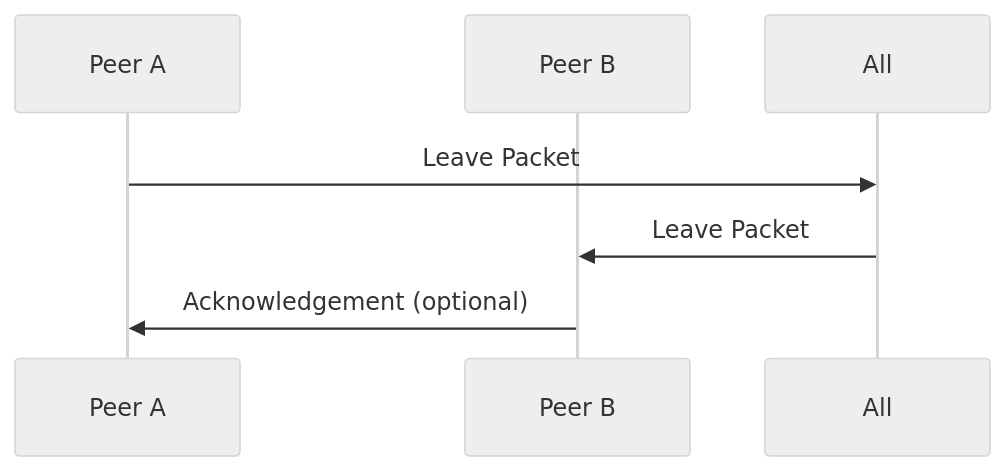
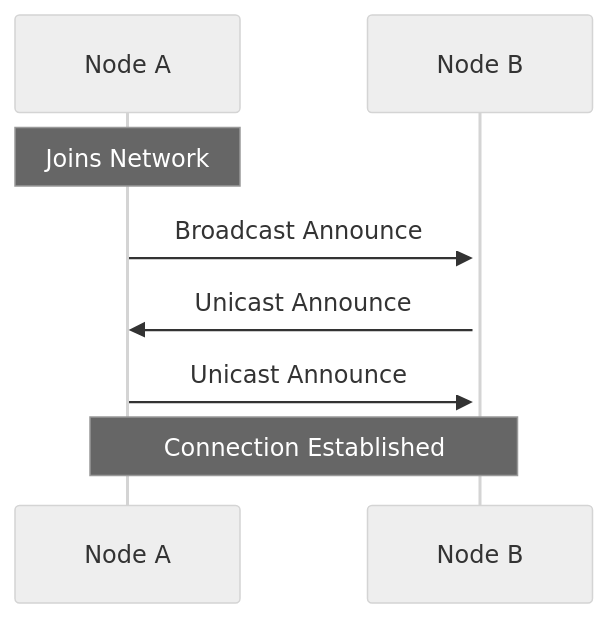
Before and after one commit to Fastcode/NUClear: the fourth of 15 diagrams in docs2/network/NUClearNet.md, drawn with Mermaid (neutral theme). The commit also changed other lines of this file, not shown here.

````diff
--- a/docs2/network/NUClearNet.md
+++ b/docs2/network/NUClearNet.md
@@ -51,8 +149,11 @@
 ```mermaid
 sequenceDiagram
-    participant Peer A
-    participant Peer B
-    Peer A->>All: Leave Packet
-    All->>Peer B: Leave Packet
-    Peer B->>Peer A: Acknowledgement (optional)
+    participant Node A
+    participant Node B
+
+    Note over Node A: Joins Network
+    Node A->>+Node B: Broadcast Announce
+    Node B->>Node A: Unicast Announce
+    Node A->>Node B: Unicast Announce
+    Note over Node A,Node B: Connection Established
 ```
````
